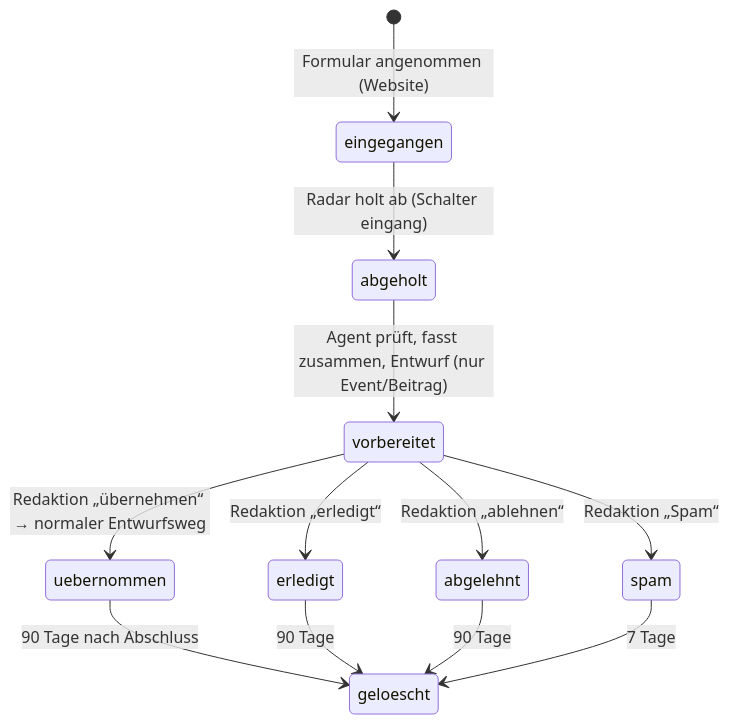
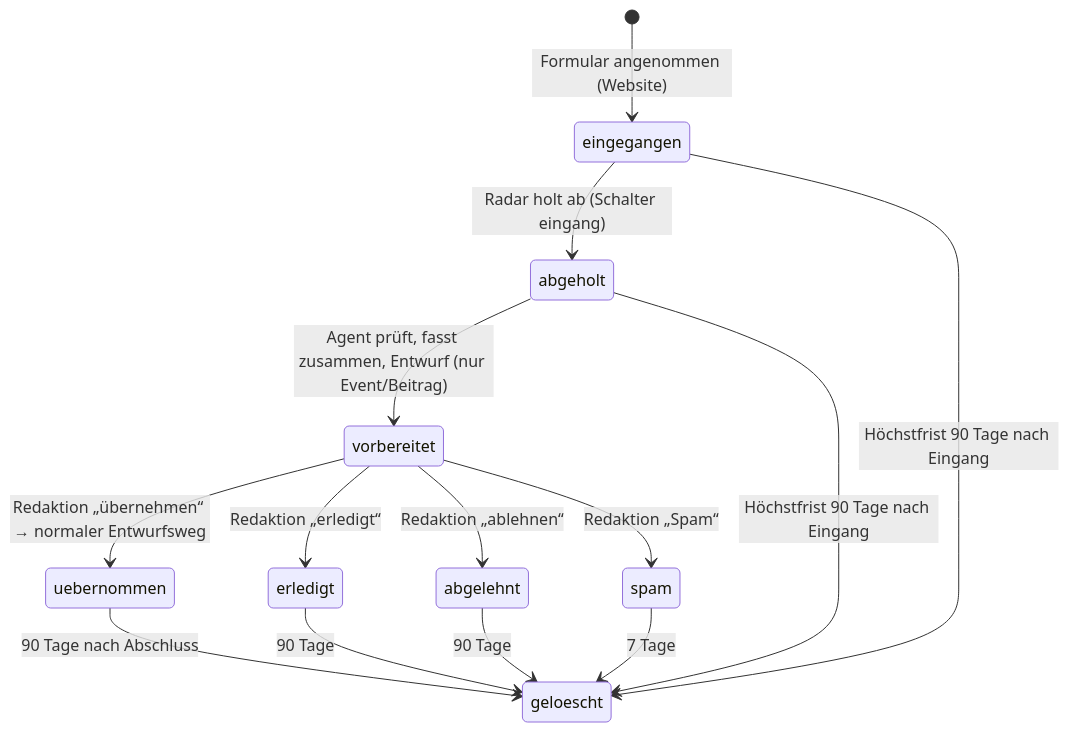
Before and after one commit to HKGrowthOperator/Tamil: the third of 6 diagrams in docs/spezifikation/datenmodell.md, drawn with Mermaid. The commit also changed other lines of this file and 1 other file, not shown here.

First line of the commit message:
docs(spezifikation): Einsendungen mit Höchstfrist, Fassungsarchiv und Proxy-Variable

````diff
--- a/docs/spezifikation/datenmodell.md
+++ b/docs/spezifikation/datenmodell.md
@@ -552,14 +555,16 @@
 ```mermaid
 stateDiagram-v2
   [*] --> eingegangen: Formular angenommen (Website)
   eingegangen --> abgeholt: Radar holt ab (Schalter eingang)
   abgeholt --> vorbereitet: Agent prüft, fasst zusammen, Entwurf (nur Event/Beitrag)
   vorbereitet --> uebernommen: Redaktion „übernehmen“ → normaler Entwurfsweg
   vorbereitet --> erledigt: Redaktion „erledigt“
   vorbereitet --> abgelehnt: Redaktion „ablehnen“
   vorbereitet --> spam: Redaktion „Spam“
   uebernommen --> geloescht: 90 Tage nach Abschluss
   erledigt --> geloescht: 90 Tage
   abgelehnt --> geloescht: 90 Tage
   spam --> geloescht: 7 Tage
+  eingegangen --> geloescht: Höchstfrist 90 Tage nach Eingang
+  abgeholt --> geloescht: Höchstfrist 90 Tage nach Eingang
 ```
````
